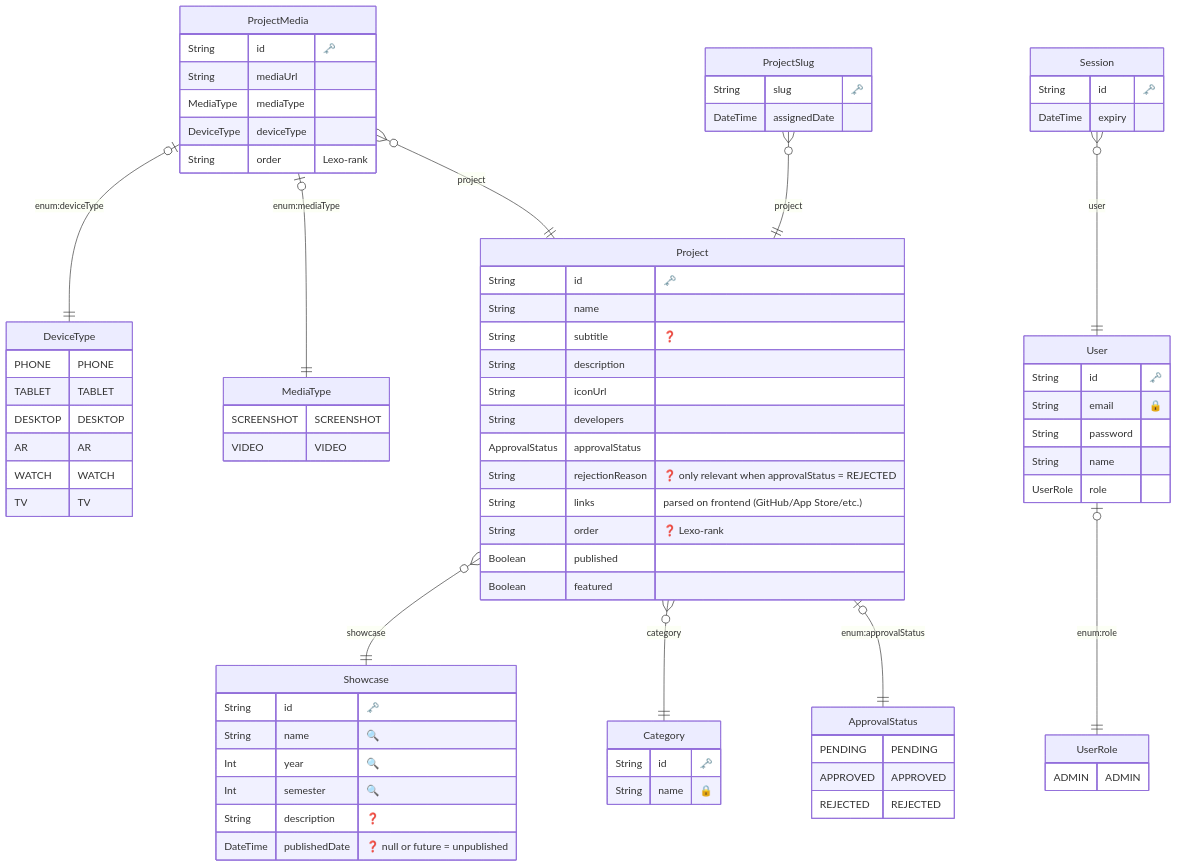
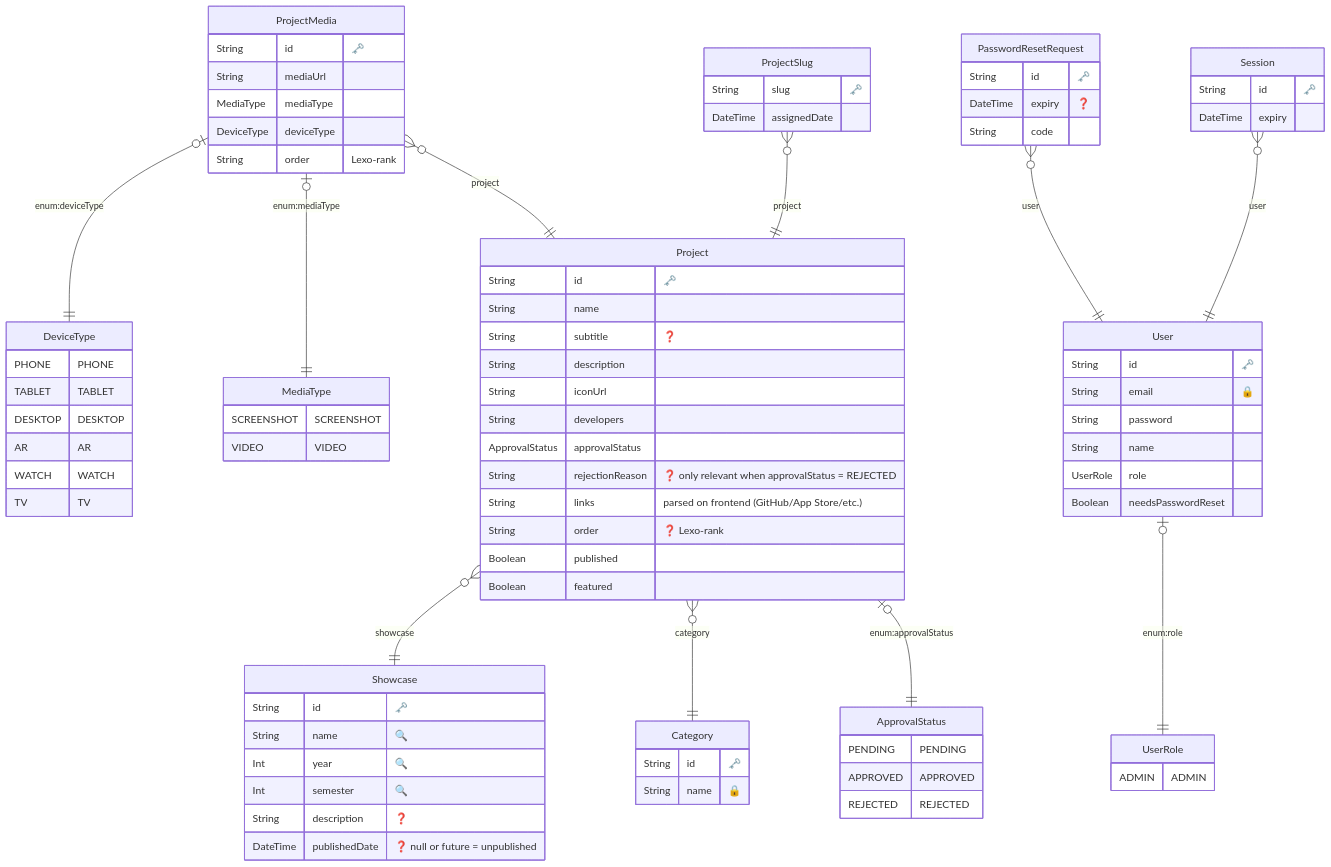
Before and after one commit to odisfm/hapi: the diagram in shared/prisma/ERD.md, drawn with Mermaid. The commit also changed 14 other files, not shown here.

Commit message:
feat: add password reset service

````diff
--- a/shared/prisma/ERD.md
+++ b/shared/prisma/ERD.md
@@ -53,6 +53,7 @@
     String password 
     String name 
     UserRole role 
+    Boolean needsPasswordReset 
     }
   
 
@@ -92,6 +93,13 @@
     DateTime assignedDate 
     }
   
+
+  "PasswordResetRequest" {
+    String id "🗝️"
+    DateTime expiry "❓"
+    String code 
+    }
+  
     "User" |o--|| "UserRole" : "enum:role"
     "Session" }o--|| "User" : "user"
     "Project" |o--|| "ApprovalStatus" : "enum:approvalStatus"
@@ -101,4 +109,5 @@
     "ProjectMedia" |o--|| "MediaType" : "enum:mediaType"
     "ProjectMedia" |o--|| "DeviceType" : "enum:deviceType"
     "ProjectSlug" }o--|| "Project" : "project"
+    "PasswordResetRequest" }o--|| "User" : "user"
 ```
````
